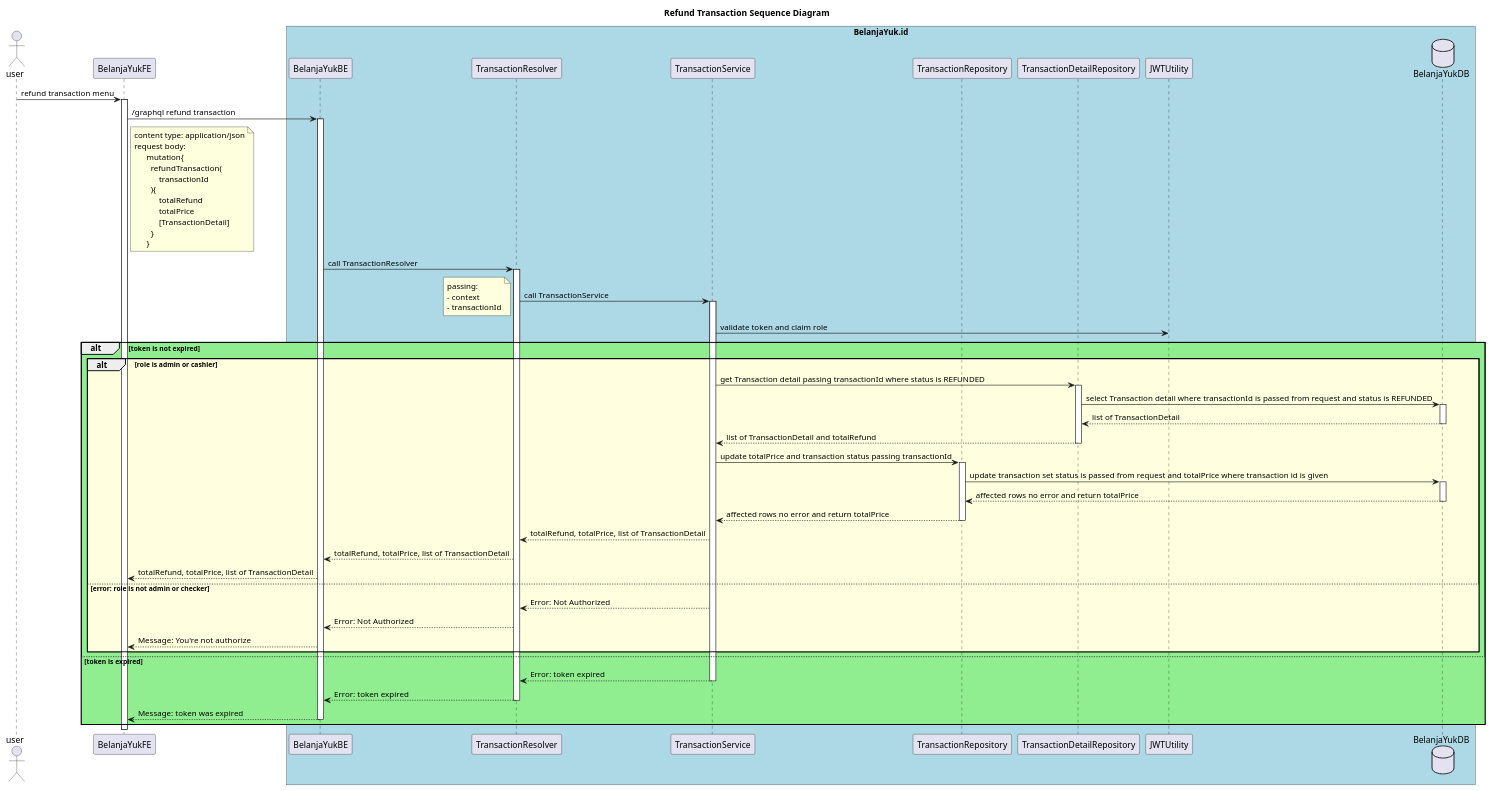
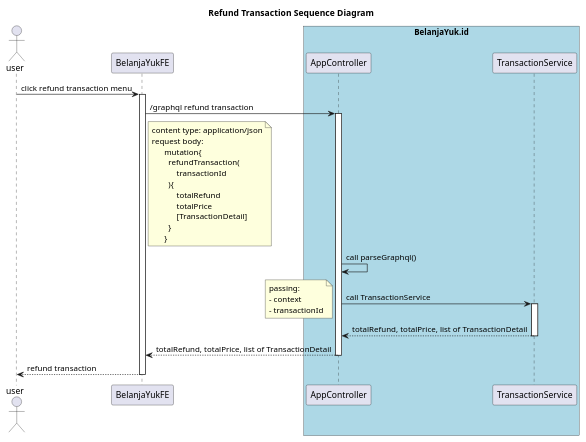
One commit to dedeandress/belanjayukid-be-services changed the diagram in SA/sequencediagram/transaction/simple/RefundTransaction.puml. Above: the diagram before and after it, drawn with PlantUML. The commit also changed 14 other files, not shown here.

Commit message:
add diagram for SA

```diff
--- a/SA/sequencediagram/transaction/simple/RefundTransaction.puml
+++ b/SA/sequencediagram/transaction/simple/RefundTransaction.puml
@@ -1,62 +1,35 @@
 @startuml
 title: Refund Transaction Sequence Diagram
 actor user
 participant BelanjaYukFE
-database BelanjaYukDB
 box "BelanjaYuk.id" #LightBlue
-participant BelanjaYukBE
-participant TransactionResolver
+participant AppController
 participant TransactionService
-participant TransactionRepository
-participant TransactionDetailRepository
-participant JWTUtility
-participant BelanjaYukDB
 end box
 
-user -> BelanjaYukFE ++ : refund transaction menu
-BelanjaYukFE -> BelanjaYukBE ++ : /graphql refund transaction
+user -> BelanjaYukFE ++ : click refund transaction menu
+BelanjaYukFE -> AppController ++ : /graphql refund transaction
     note right of BelanjaYukFE
     content type: application/json
     request body:
           mutation{
             refundTransaction(
                 transactionId
             ){
                 totalRefund
                 totalPrice
                 [TransactionDetail]
             }
           }
     end note
-BelanjaYukBE -> TransactionResolver ++ : call TransactionResolver
-TransactionResolver -> TransactionService ++ : call TransactionService
+AppController -> AppController : call parseGraphql()
+AppController -> TransactionService ++ : call TransactionService
     note left
     passing:
     - context
     - transactionId
     end note
-TransactionService -> JWTUtility: validate token and claim role
-alt #LightGreen token is not expired
-    alt #LightYellow role is admin or cashier
-        TransactionService -> TransactionDetailRepository ++ : get Transaction detail passing transactionId where status is REFUNDED
-        TransactionDetailRepository -> BelanjaYukDB ++ : select Transaction detail where transactionId is passed from request and status is REFUNDED
-        BelanjaYukDB --> TransactionDetailRepository -- : list of TransactionDetail
-        TransactionDetailRepository --> TransactionService -- : list of TransactionDetail and totalRefund
-        TransactionService -> TransactionRepository ++ : update totalPrice and transaction status passing transactionId
-        TransactionRepository -> BelanjaYukDB ++ : update transaction set status is passed from request and totalPrice where transaction id is given
-        BelanjaYukDB --> TransactionRepository -- : affected rows no error and return totalPrice
-        TransactionRepository --> TransactionService -- : affected rows no error and return totalPrice
-        TransactionService --> TransactionResolver : totalRefund, totalPrice, list of TransactionDetail
-        TransactionResolver --> BelanjaYukBE : totalRefund, totalPrice, list of TransactionDetail
-        BelanjaYukBE --> BelanjaYukFE : totalRefund, totalPrice, list of TransactionDetail
-        else error: role is not admin or checker
-        TransactionService --> TransactionResolver : Error: Not Authorized
-        TransactionResolver --> BelanjaYukBE : Error: Not Authorized
-        BelanjaYukBE --> BelanjaYukFE: Message: You're not authorize
-    end alt
-    else token is expired
-    TransactionService --> TransactionResolver -- : Error: token expired
-    TransactionResolver --> BelanjaYukBE -- : Error: token expired
-    BelanjaYukBE --> BelanjaYukFE -- : Message: token was expired
-end alt
+TransactionService --> AppController -- : totalRefund, totalPrice, list of TransactionDetail
+AppController --> BelanjaYukFE -- : totalRefund, totalPrice, list of TransactionDetail
+BelanjaYukFE --> user -- : refund transaction
 @enduml
```
